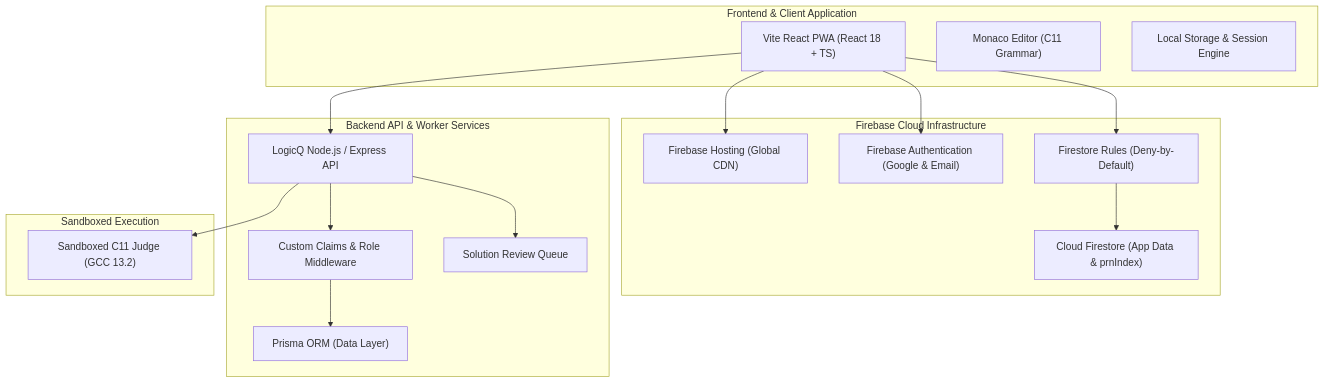
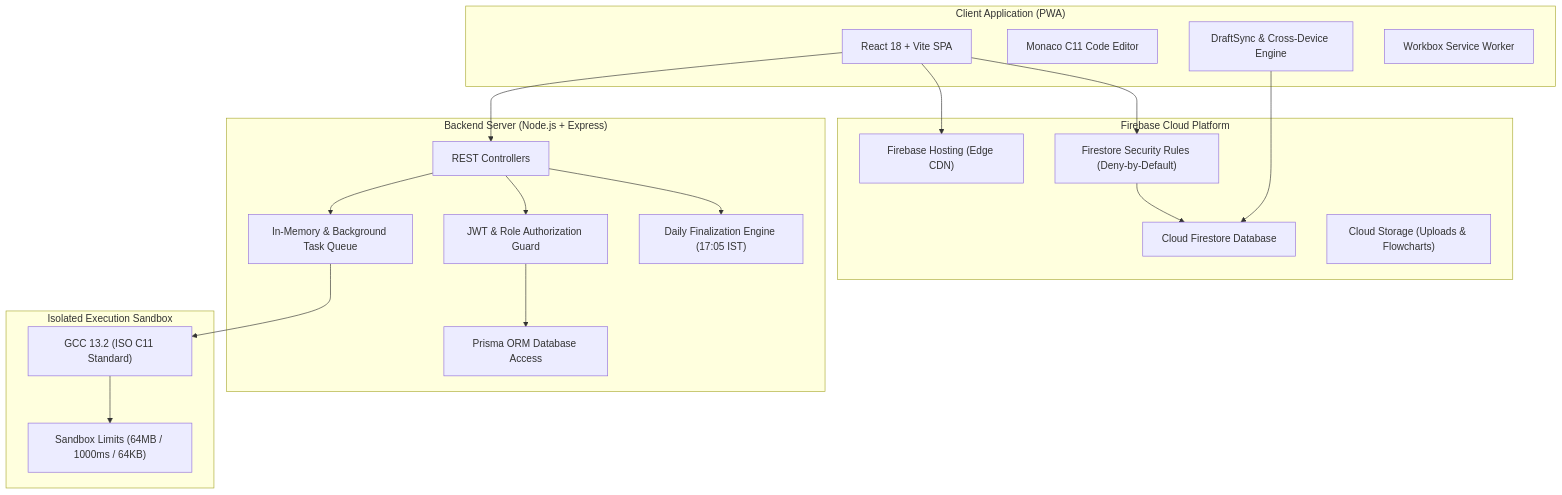
Before and after one commit to pratikpt1304/LogicQ: the diagram in README.md, drawn with Mermaid. The commit also changed other lines of this file and 23 other files, not shown here.

Commit message:
feat: implement cross-device draft sync, admin daily results operations center, and comprehensive documentation

````diff
--- a/README.md
+++ b/README.md
@@ -217,36 +157,41 @@
 ```mermaid
 flowchart TD
-    subgraph ClientLayer["Frontend & Client Application"]
-        PWA["Vite React PWA (React 18 + TS)"]
-        Monaco["Monaco Editor (C11 Grammar)"]
-        Cache["Local Storage & Session Engine"]
+    subgraph Client["Client Application (PWA)"]
+        React["React 18 + Vite SPA"]
+        Monaco["Monaco C11 Code Editor"]
+        DraftEngine["DraftSync & Cross-Device Engine"]
+        ServiceWorker["Workbox Service Worker"]
     end
 
-    subgraph FirebaseLayer["Firebase Cloud Infrastructure"]
-        CDN["Firebase Hosting (Global CDN)"]
-        Auth["Firebase Authentication (Google & Email)"]
-        Rules["Firestore Rules (Deny-by-Default)"]
-        Firestore["Cloud Firestore (App Data & prnIndex)"]
+    subgraph FirebaseInfra["Firebase Cloud Platform"]
+        Hosting["Firebase Hosting (Edge CDN)"]
+        FSRules["Firestore Security Rules (Deny-by-Default)"]
+        Firestore["Cloud Firestore Database"]
+        Storage["Cloud Storage (Uploads & Flowcharts)"]
     end
 
-    subgraph ServerLayer["Backend API & Worker Services"]
-        API["LogicQ Node.js / Express API"]
-        RolesAuth["Custom Claims & Role Middleware"]
-        Queue["Solution Review Queue"]
-        Prisma["Prisma ORM (Data Layer)"]
+    subgraph BackendServices["Backend Server (Node.js + Express)"]
+        AuthMiddleware["JWT & Role Authorization Guard"]
+        API["REST Controllers"]
+        Queue["In-Memory & Background Task Queue"]
+        Prisma["Prisma ORM Database Access"]
+        Finalizer["Daily Finalization Engine (17:05 IST)"]
     end
 
-    subgraph ExecutionLayer["Sandboxed Execution"]
-        GCC["Sandboxed C11 Judge (GCC 13.2)"]
+    subgraph JudgeSandbox["Isolated Execution Sandbox"]
+        GCC["GCC 13.2 (ISO C11 Standard)"]
+        ResourceCaps["Sandbox Limits (64MB / 1000ms / 64KB)"]
     end
 
-    PWA --> CDN
-    PWA --> Auth
-    PWA --> Rules
-    Rules --> Firestore
-    PWA --> API
-    API --> RolesAuth
-    RolesAuth --> Prisma
+    React --> Hosting
+    React --> FSRules
+    FSRules --> Firestore
+    React --> API
+    API --> AuthMiddleware
+    AuthMiddleware --> Prisma
     API --> Queue
-    API --> GCC
+    Queue --> GCC
+    GCC --> ResourceCaps
+    API --> Finalizer
+    DraftEngine --> Firestore
 ```
````
